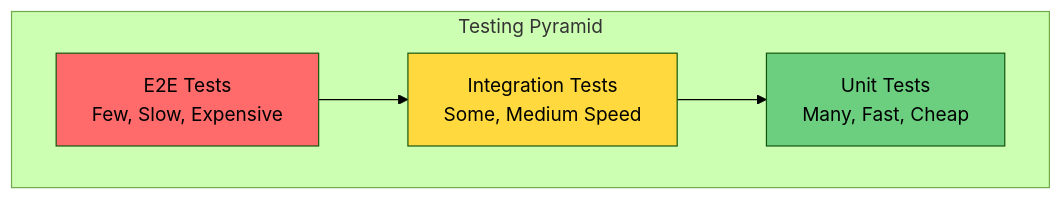
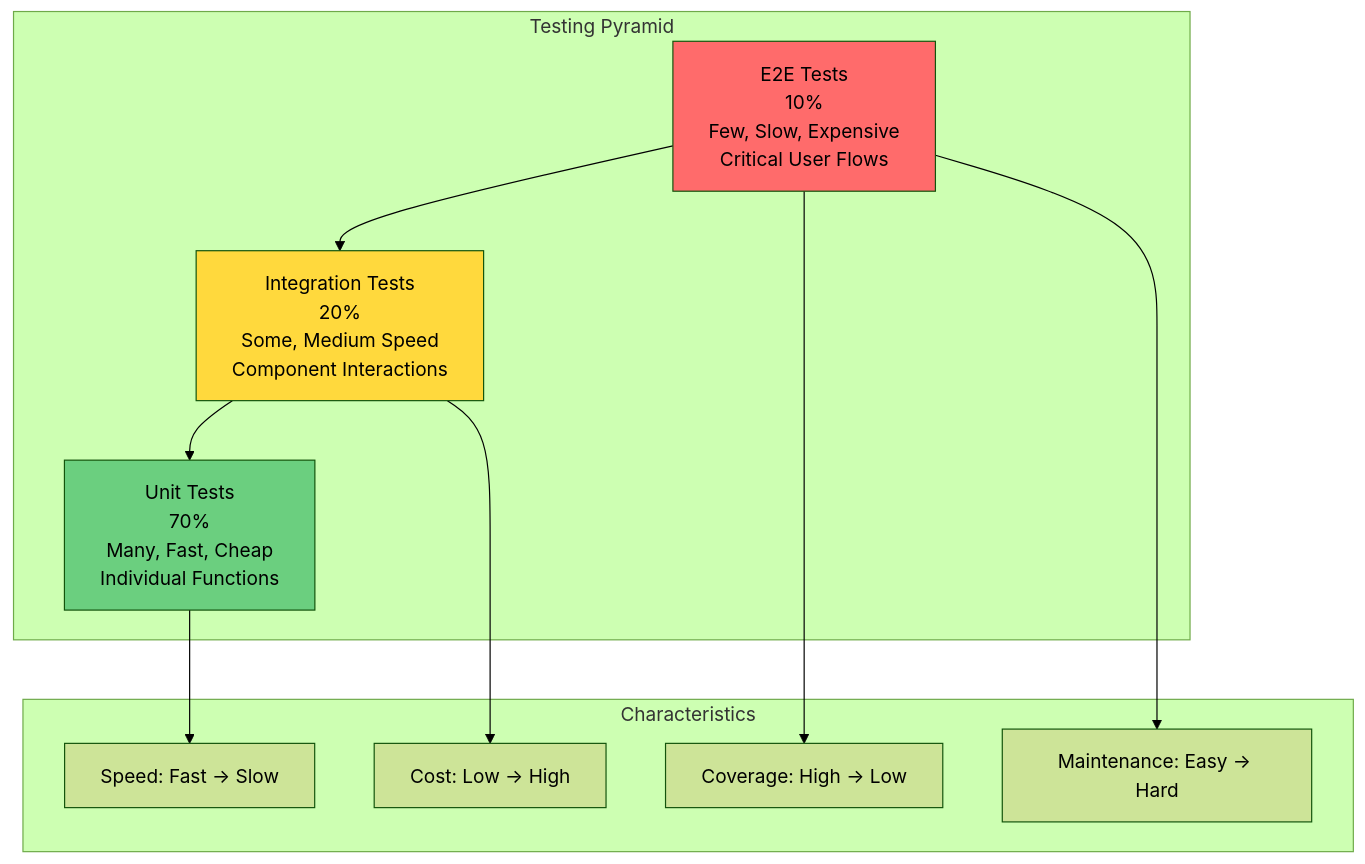
One commit to iouthnamain/tech-note changed the first of 10 diagrams in Developer-Guides/TESTING_STRATEGIES_GUIDE.md. Above: the diagram before and after it, drawn with Mermaid (forest theme). The commit also changed other lines of this file and 68 other files, not shown here.

````diff
--- a/Developer-Guides/TESTING_STRATEGIES_GUIDE.md
+++ b/Developer-Guides/TESTING_STRATEGIES_GUIDE.md
@@ -36,15 +38,27 @@
 ```mermaid
 graph TB
     subgraph Pyramid["Testing Pyramid"]
-        E2E[E2E Tests<br/>Few, Slow, Expensive]
-        Integration[Integration Tests<br/>Some, Medium Speed]
-        Unit[Unit Tests<br/>Many, Fast, Cheap]
+        E2E[E2E Tests<br/>10%<br/>Few, Slow, Expensive<br/>Critical User Flows]
+        Integration[Integration Tests<br/>20%<br/>Some, Medium Speed<br/>Component Interactions]
+        Unit[Unit Tests<br/>70%<br/>Many, Fast, Cheap<br/>Individual Functions]
+    end
+    
+    subgraph Characteristics[Characteristics]
+        Speed[Speed: Fast → Slow]
+        Cost[Cost: Low → High]
+        Coverage[Coverage: High → Low]
+        Maintenance[Maintenance: Easy → Hard]
     end
     
     E2E --> Integration
     Integration --> Unit
     
+    Unit --> Speed
+    Integration --> Cost
+    E2E --> Coverage
+    E2E --> Maintenance
+    
     style E2E fill:#ff6b6b
     style Integration fill:#ffd93d
     style Unit fill:#6bcf7f
 ```
````
